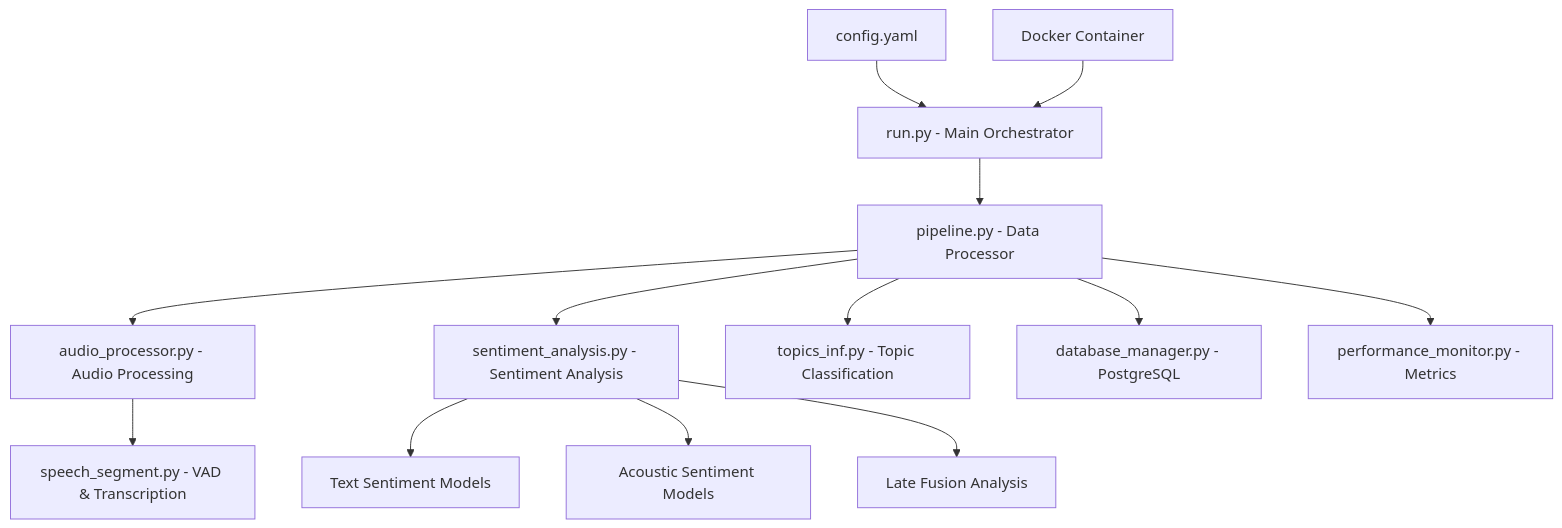
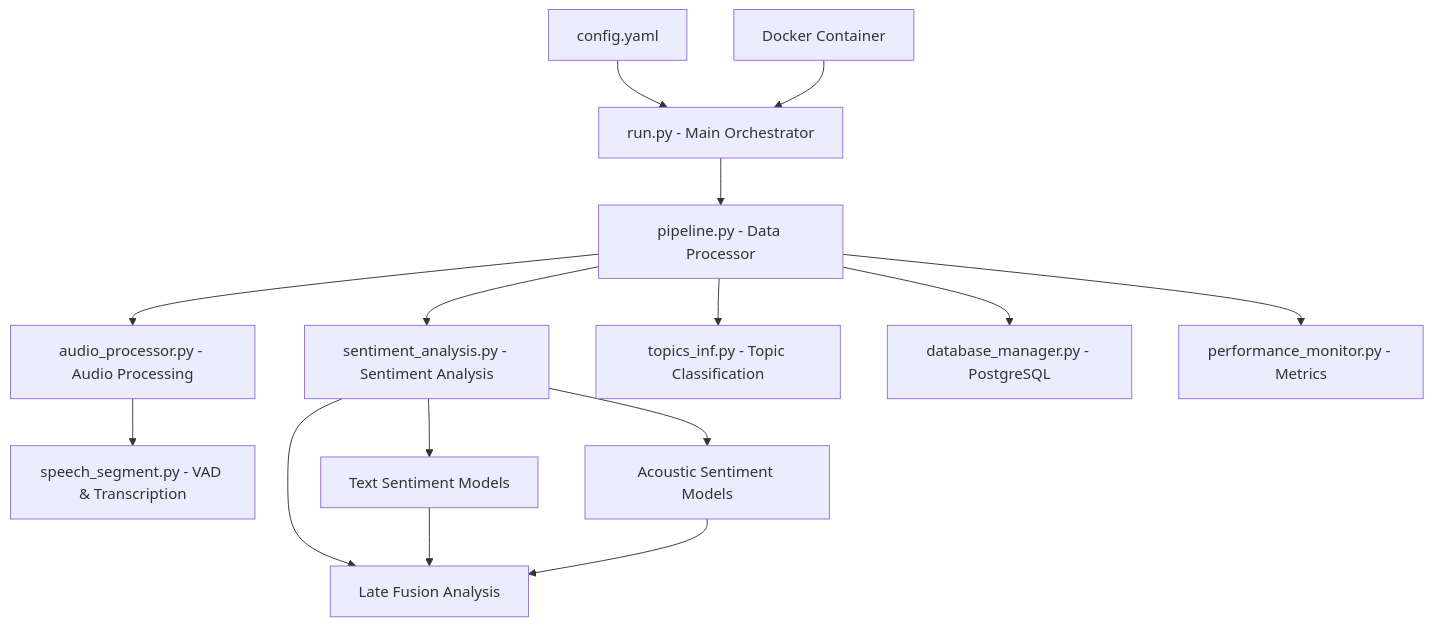
One commit to jaratM/audio_processor changed the diagram in README.md. Above: the diagram before and after it, drawn with Mermaid. The commit also changed other lines of this file and 11 other files, not shown here.

````diff
--- a/README.md
+++ b/README.md
@@ -21,15 +21,17 @@
 ```mermaid
 graph TB
     A[run.py - Main Orchestrator] --> B[pipeline.py - Data Processor]
     B --> C[audio_processor.py - Audio Processing]
     B --> D[sentiment_analysis.py - Sentiment Analysis]
     B --> E[topics_inf.py - Topic Classification]
     C --> F[speech_segment.py - VAD & Transcription]
     D --> G[Text Sentiment Models]
     D --> H[Acoustic Sentiment Models]
     D --> I[Late Fusion Analysis]
+    G --> I
+    H --> I
     B --> J[database_manager.py - PostgreSQL]
     B --> K[performance_monitor.py - Metrics]
     L[config.yaml] --> A
     M[Docker Container] --> A
 ```
````
